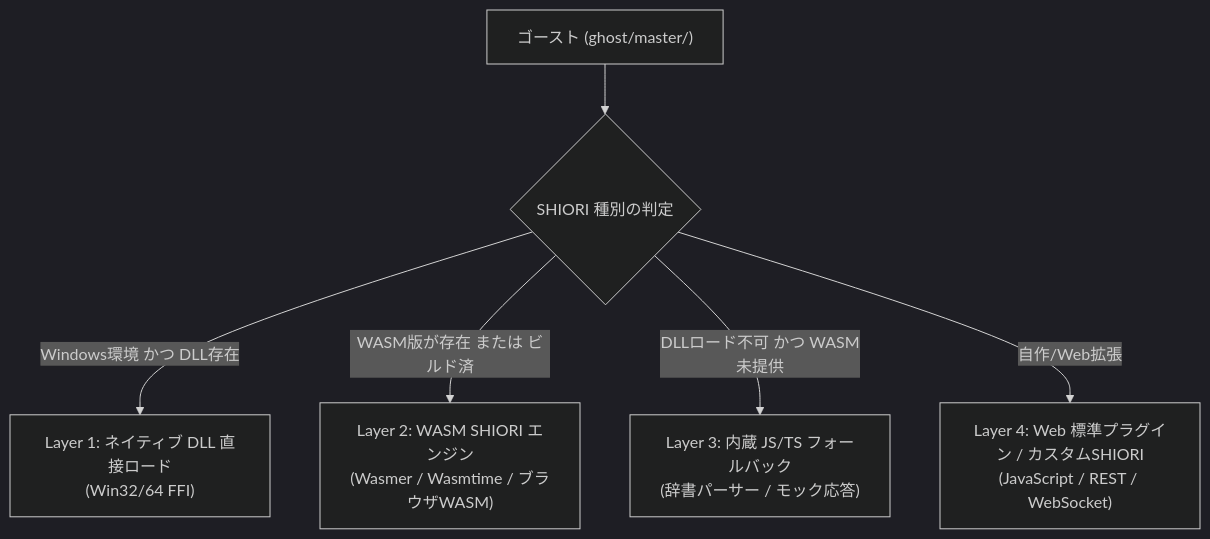
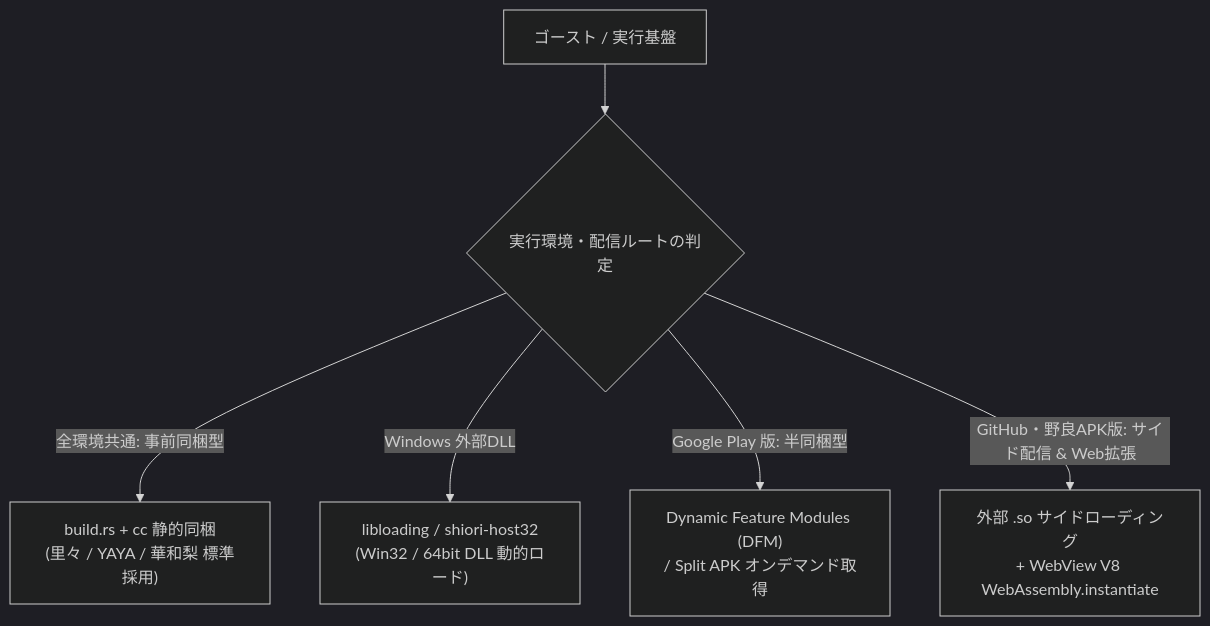
The second of 2 diagrams in docs/doc/process/development-approach.md (nanaisisi/nanai-android-mascot), drawn with Mermaid (dark theme) before and after one commit. The commit also changed other lines of this file and 6 other files, not shown here.

````diff
--- a/docs/doc/process/development-approach.md
+++ b/docs/doc/process/development-approach.md
@@ -98,8 +115,8 @@
 ```mermaid
 flowchart TD
-    Ghost["ゴースト (ghost/master/)"] --> Detect{"SHIORI 種別の判定"}
-    Detect -->|Windows環境 かつ DLL存在| WinDLL["Layer 1: ネイティブ DLL 直接ロード<br>(Win32/64 FFI)"]
-    Detect -->|WASM版が存在 または ビルド済| WasmExec["Layer 2: WASM SHIORI エンジン<br>(Wasmer / Wasmtime / ブラウザWASM)"]
-    Detect -->|DLLロード不可 かつ WASM未提供| Fallback["Layer 3: 内蔵 JS/TS フォールバック<br>(辞書パーサー / モック応答)"]
-    Detect -->|自作/Web拡張| CustomPlugin["Layer 4: Web 標準プラグイン / カスタムSHIORI<br>(JavaScript / REST / WebSocket)"]
+    Ghost["ゴースト / 実行基盤"] --> Route{"実行環境・配信ルートの判定"}
+    Route -->|"全環境共通: 事前同梱型"| Static["build.rs + cc 静的同梱<br>(里々 / YAYA / 華和梨 標準採用)"]
+    Route -->|"Windows 外部DLL"| WinDLL["libloading / shiori-host32<br>(Win32 / 64bit DLL 動的ロード)"]
+    Route -->|"Google Play 版: 半同梱型"| DFM["Dynamic Feature Modules (DFM)<br>/ Split APK オンデマンド取得"]
+    Route -->|"GitHub・野良APK版: サイド配信 & Web拡張"| Side["外部 .so サイドローディング<br>+ WebView V8 WebAssembly.instantiate"]
 ```
````
